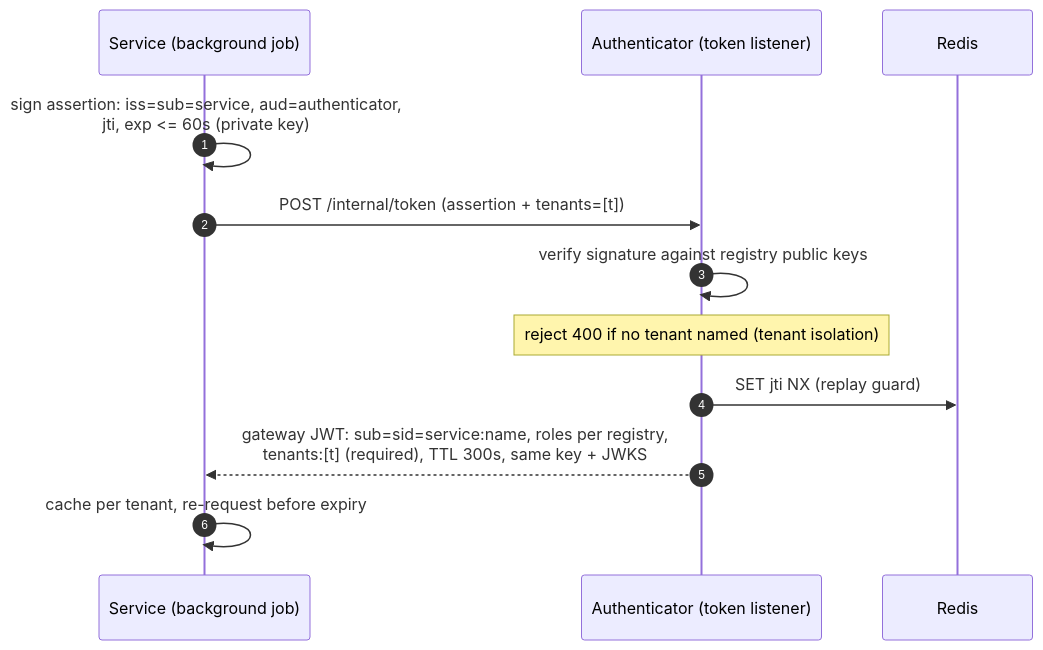
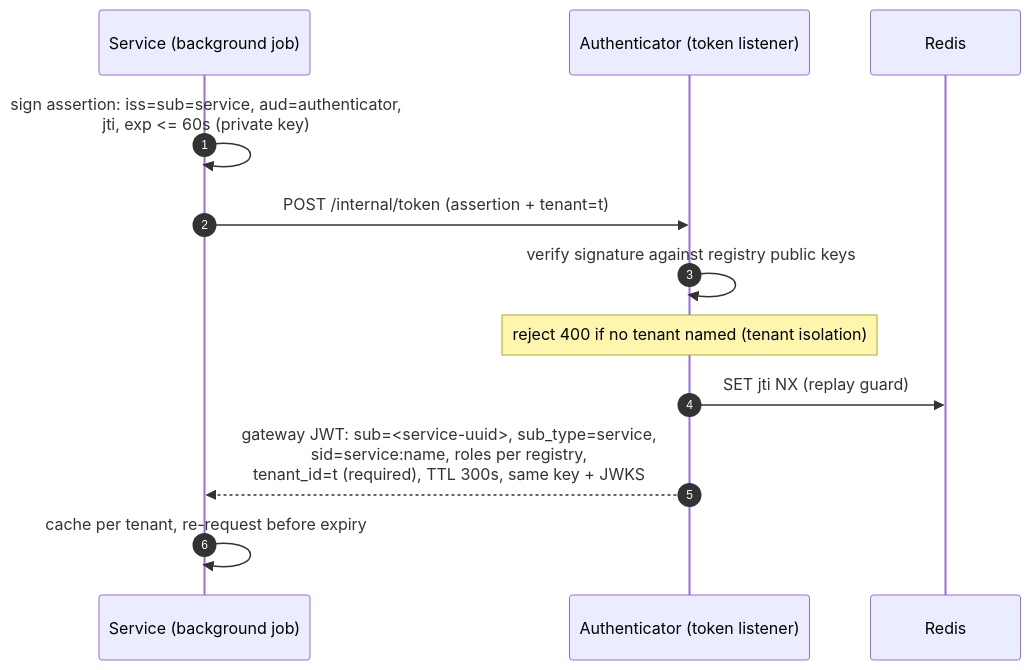
The eighth of 9 diagrams in docs/components/backend/authenticator/DESIGN.md (constructorfabric/insight), drawn with Mermaid before and after one commit. The commit also changed other lines of this file and 175 other files, not shown here.

````diff
--- a/docs/components/backend/authenticator/DESIGN.md
+++ b/docs/components/backend/authenticator/DESIGN.md
@@ -682,15 +682,15 @@
 ```mermaid
 sequenceDiagram
     autonumber
     participant S as Service (background job)
     participant B as Authenticator (token listener)
     participant R as Redis
 
     S->>S: sign assertion: iss=sub=service, aud=authenticator,<br/>jti, exp <= 60s (private key)
-    S->>B: POST /internal/token (assertion + tenants=[t])
+    S->>B: POST /internal/token (assertion + tenant=t)
     B->>B: verify signature against registry public keys
     Note over B: reject 400 if no tenant named (tenant isolation)
     B->>R: SET jti NX (replay guard)
-    B-->>S: gateway JWT: sub=sid=service:name, roles per registry,<br/>tenants:[t] (required), TTL 300s, same key + JWKS
+    B-->>S: gateway JWT: sub=<service-uuid>, sub_type=service,<br/>sid=service:name, roles per registry,<br/>tenant_id=t (required), TTL 300s, same key + JWKS
     S->>S: cache per tenant, re-request before expiry
 ```
````
